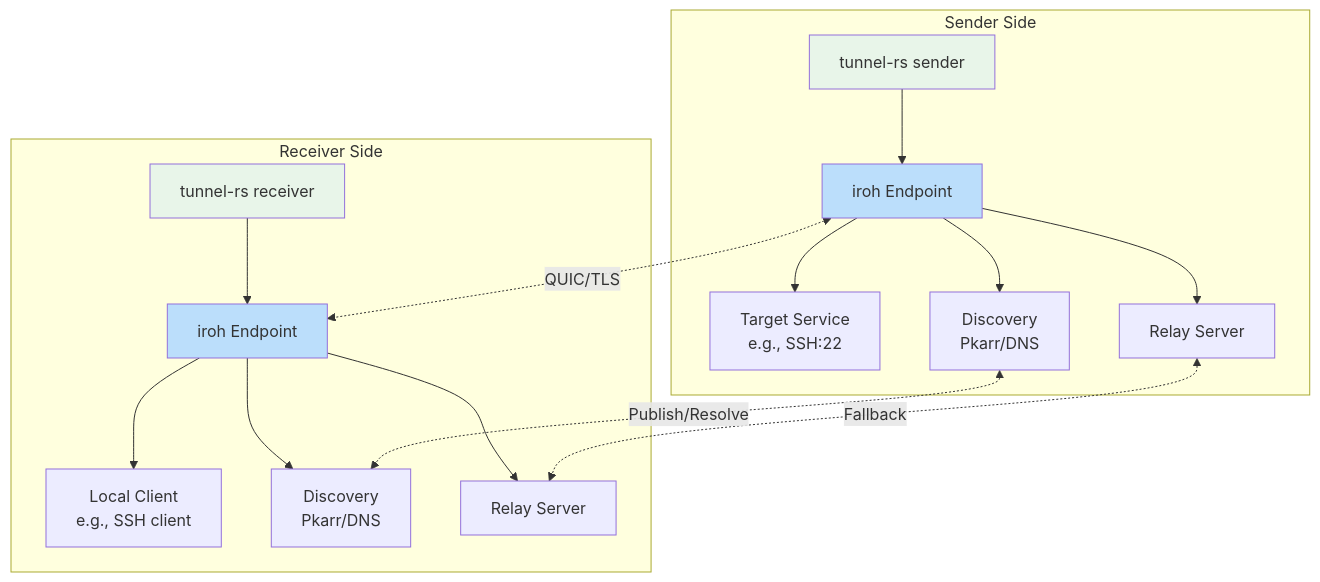
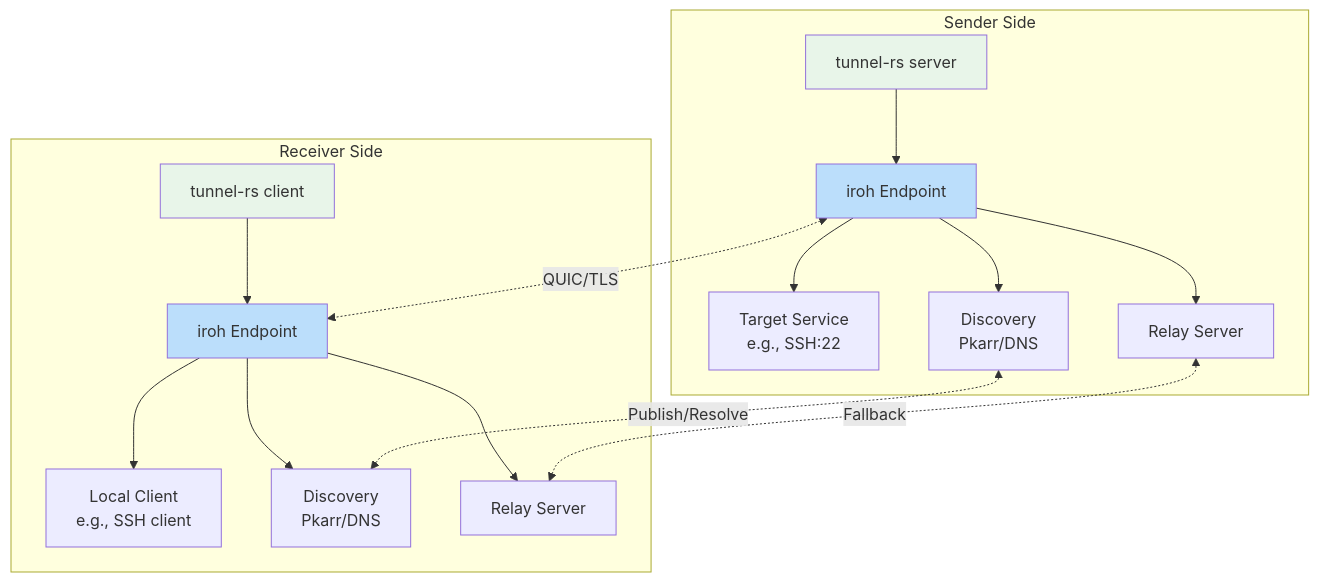
One commit to andrewtheguy/vpn-rs changed the fifth of 35 diagrams in docs/ARCHITECTURE.md. Above: the diagram before and after it, drawn with Mermaid. The commit also changed other lines of this file and 8 other files, not shown here.

Commit message:
refactor: rename tunnel roles from sender/receiver to server/client, update `tunnel-rs-ice` binary usage, and enable dynamic source for `ice-manual` mode."

````diff
--- a/docs/ARCHITECTURE.md
+++ b/docs/ARCHITECTURE.md
@@ -208,37 +208,37 @@
 ```mermaid
 graph TB
     subgraph "Sender Side"
-        A[tunnel-rs sender]
+        A[tunnel-rs server]
         B[iroh Endpoint]
         C[Target Service<br/>e.g., SSH:22]
         D[Discovery<br/>Pkarr/DNS]
         E[Relay Server]
     end
     
     subgraph "Receiver Side"
-        F[tunnel-rs receiver]
+        F[tunnel-rs client]
         G[iroh Endpoint]
         H[Local Client<br/>e.g., SSH client]
         I[Discovery<br/>Pkarr/DNS]
         J[Relay Server]
     end
     
     A --> B
     B --> C
     B --> D
     B --> E
     
     F --> G
     G --> H
     G --> I
     G --> J
     
     B <-.QUIC/TLS.-> G
     D <-.Publish/Resolve.-> I
     E <-.Fallback.-> J
     
     style A fill:#E8F5E9
     style F fill:#E8F5E9
     style B fill:#BBDEFB
     style G fill:#BBDEFB
 ```
````
